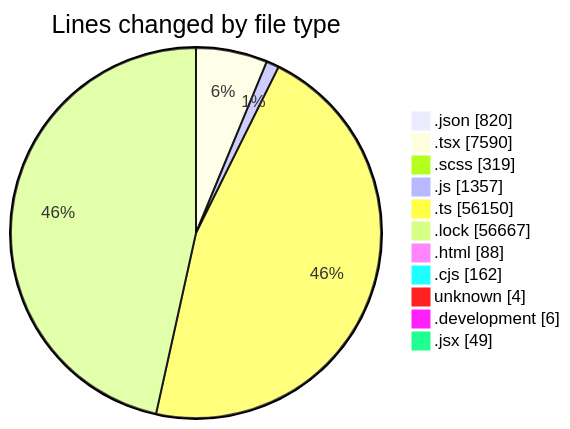
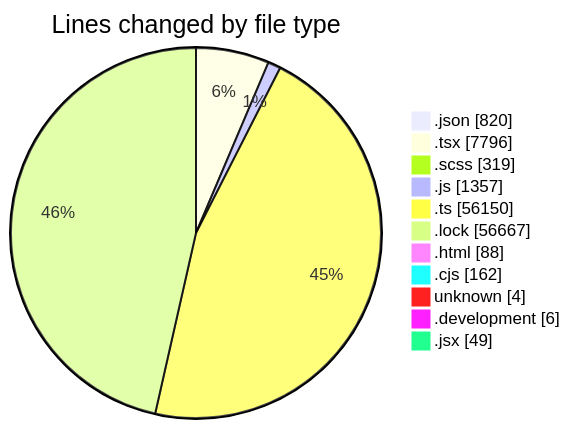
One commit to momahboobian/code-tracking changed the first of 2 diagrams in 2026-09-03/cda/README.md. Above: the diagram before and after it, drawn with Mermaid. The commit also changed other lines of this file and 1 other file, not shown here.

````diff
--- a/2026-09-03/cda/README.md
+++ b/2026-09-03/cda/README.md
@@ -118,15 +119,15 @@
 ```mermaid
 pie showData
 title Lines changed by file type
 ".json" : 820
-".tsx" : 7590
+".tsx" : 7796
 ".scss" : 319
 ".js" : 1357
 ".ts" : 56150
 ".lock" : 56667
 ".html" : 88
 ".cjs" : 162
 "unknown" : 4
 ".development" : 6
 ".jsx" : 49
 ```
````
